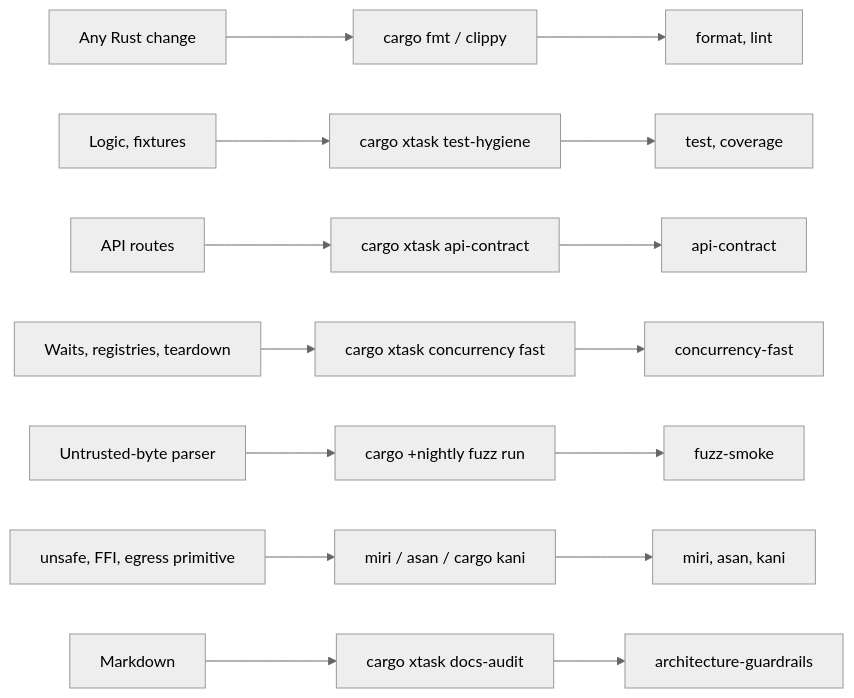
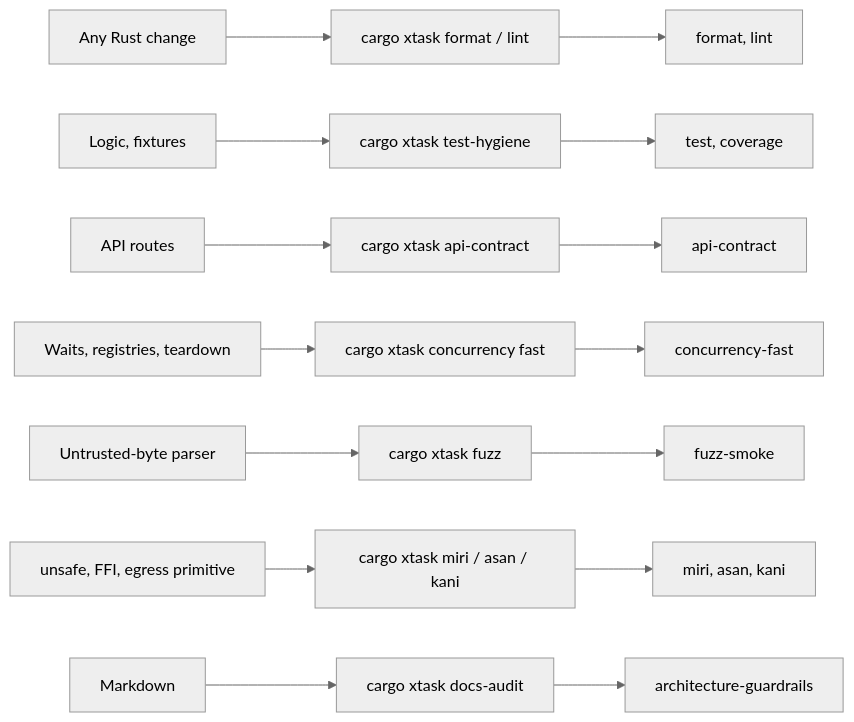
The first of 2 diagrams in docs/testing.md (krsna1729/restream), drawn with Mermaid (neutral theme) before and after one commit. The commit also changed other lines of this file and 21 other files, not shown here.

````diff
--- a/docs/testing.md
+++ b/docs/testing.md
@@ -29,10 +29,10 @@
 ```mermaid
 flowchart LR
-    rust["Any Rust change"] --> fmt["cargo fmt / clippy"] --> jlint["format, lint"]
+    rust["Any Rust change"] --> fmt["cargo xtask format / lint"] --> jlint["format, lint"]
     unit["Logic, fixtures"] --> hyg["cargo xtask test-hygiene"] --> jtest["test, coverage"]
     api["API routes"] --> apic["cargo xtask api-contract"] --> japi["api-contract"]
     conc["Waits, registries, teardown"] --> cf["cargo xtask concurrency fast"] --> jcf["concurrency-fast"]
-    parser["Untrusted-byte parser"] --> fz["cargo +nightly fuzz run"] --> jfz["fuzz-smoke"]
-    unsafe["unsafe, FFI, egress primitive"] --> mk["miri / asan / cargo kani"] --> jmk["miri, asan, kani"]
+    parser["Untrusted-byte parser"] --> fz["cargo xtask fuzz"] --> jfz["fuzz-smoke"]
+    unsafe["unsafe, FFI, egress primitive"] --> mk["cargo xtask miri / asan / kani"] --> jmk["miri, asan, kani"]
     docs["Markdown"] --> dc["cargo xtask docs-audit"] --> jarch["architecture-guardrails"]
 ```
````
